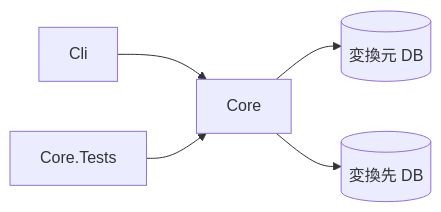
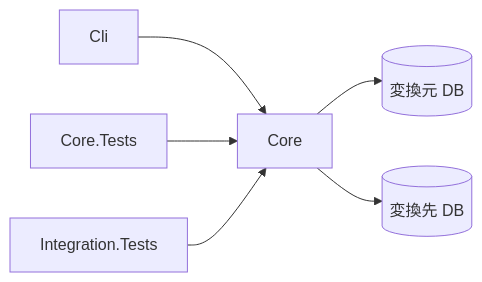
Before and after one commit to vehiclevisionjp/VehicleVision.PleasanterTools.DatabaseConverter: the diagram in _documents/アーキテクチャ方針.md, drawn with Mermaid. The commit also changed other lines of this file and 41 other files, not shown here.

````diff
--- a/_documents/アーキテクチャ方針.md
+++ b/_documents/アーキテクチャ方針.md
@@ -25,7 +26,8 @@
 ```mermaid
 flowchart LR
     Cli[Cli] --> Core[Core]
     Tests[Core.Tests] --> Core
+    Integration[Integration.Tests] --> Core
     Core --> Source[(変換元 DB)]
     Core --> Target[(変換先 DB)]
 ```
````
